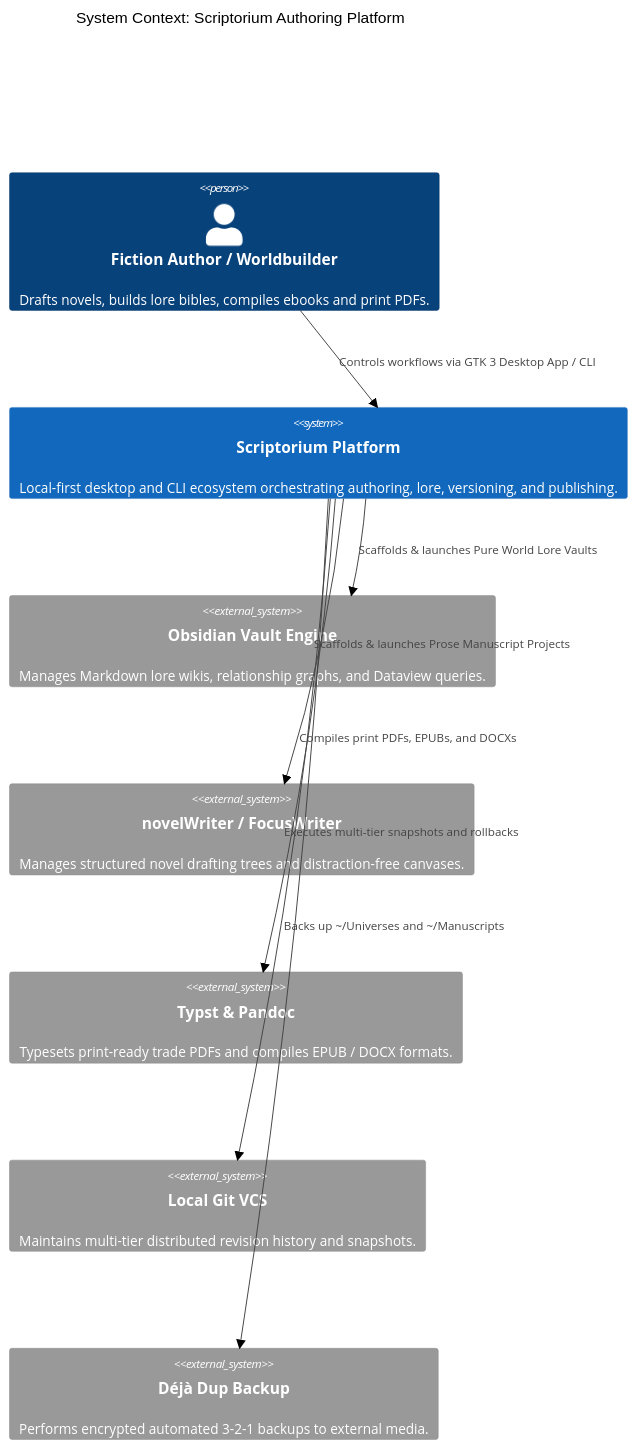
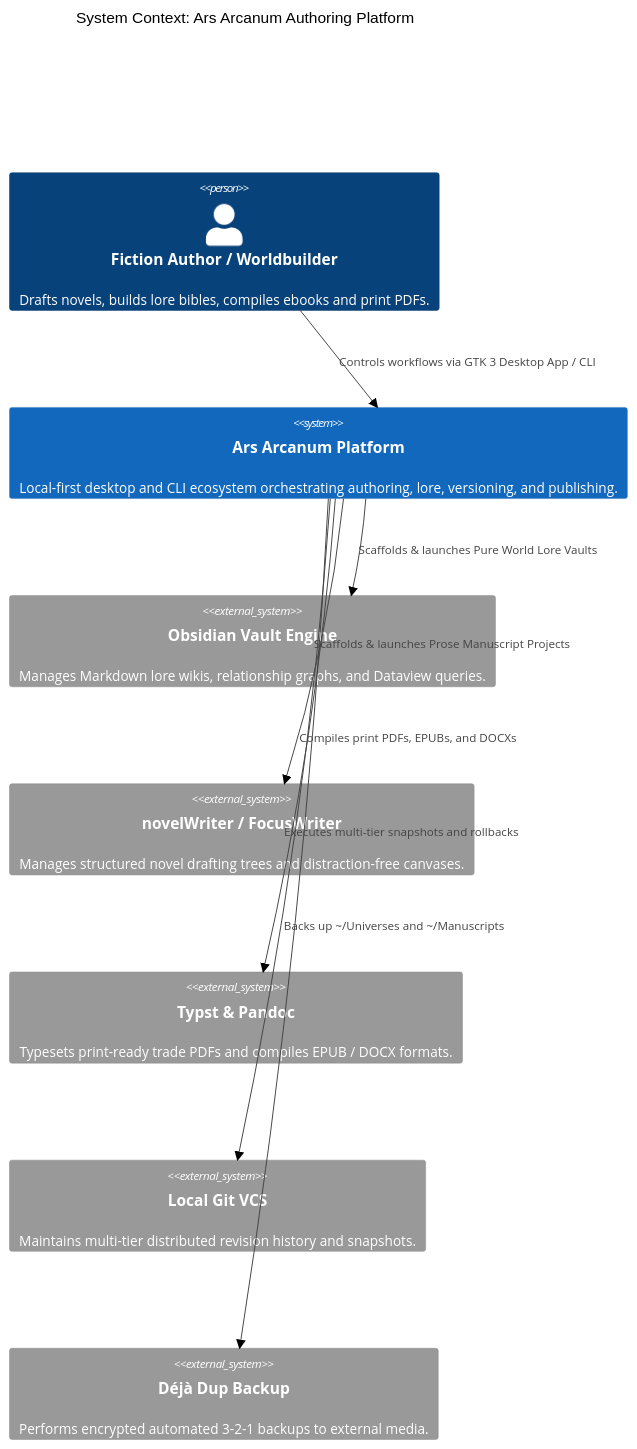
Before and after one commit to aryansinghnagar/Scriptorium: the first of 6 diagrams in docs/ARCHITECTURE.md, drawn with Mermaid (neutral theme). The commit also changed other lines of this file and 68 other files, not shown here.

Commit message:
Rename project from Scriptorium to Ars Arcanum, add REFERENCES and PRIVACY policies, sanitize PII

````diff
--- a/docs/ARCHITECTURE.md
+++ b/docs/ARCHITECTURE.md
@@ -152,21 +152,21 @@
 ```mermaid
 C4Context
-    title System Context: Scriptorium Authoring Platform
+    title System Context: Ars Arcanum Authoring Platform
 
     Person(author, "Fiction Author / Worldbuilder", "Drafts novels, builds lore bibles, compiles ebooks and print PDFs.")
 
-    System(scriptorium, "Scriptorium Platform", "Local-first desktop and CLI ecosystem orchestrating authoring, lore, versioning, and publishing.")
+    System(arcanum, "Ars Arcanum Platform", "Local-first desktop and CLI ecosystem orchestrating authoring, lore, versioning, and publishing.")
 
     System_Ext(obsidian, "Obsidian Vault Engine", "Manages Markdown lore wikis, relationship graphs, and Dataview queries.")
     System_Ext(novelwriter, "novelWriter / FocusWriter", "Manages structured novel drafting trees and distraction-free canvases.")
     System_Ext(typst_pandoc, "Typst & Pandoc", "Typesets print-ready trade PDFs and compiles EPUB / DOCX formats.")
     System_Ext(git_vcs, "Local Git VCS", "Maintains multi-tier distributed revision history and snapshots.")
     System_Ext(dejadup, "Déjà Dup Backup", "Performs encrypted automated 3-2-1 backups to external media.")
 
-    Rel(author, scriptorium, "Controls workflows via GTK 3 Desktop App / CLI")
-    Rel(scriptorium, obsidian, "Scaffolds & launches Pure World Lore Vaults")
-    Rel(scriptorium, novelwriter, "Scaffolds & launches Prose Manuscript Projects")
-    Rel(scriptorium, typst_pandoc, "Compiles print PDFs, EPUBs, and DOCXs")
-    Rel(scriptorium, git_vcs, "Executes multi-tier snapshots and rollbacks")
-    Rel(scriptorium, dejadup, "Backs up ~/Universes and ~/Manuscripts")
+    Rel(author, arcanum, "Controls workflows via GTK 3 Desktop App / CLI")
+    Rel(arcanum, obsidian, "Scaffolds & launches Pure World Lore Vaults")
+    Rel(arcanum, novelwriter, "Scaffolds & launches Prose Manuscript Projects")
+    Rel(arcanum, typst_pandoc, "Compiles print PDFs, EPUBs, and DOCXs")
+    Rel(arcanum, git_vcs, "Executes multi-tier snapshots and rollbacks")
+    Rel(arcanum, dejadup, "Backs up ~/Universes and ~/Manuscripts")
 ```
````
